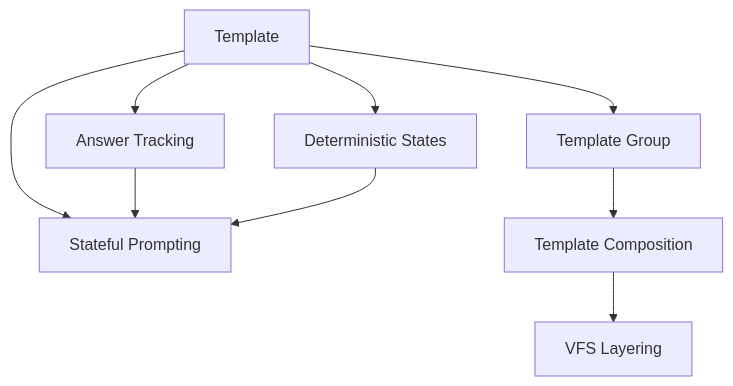
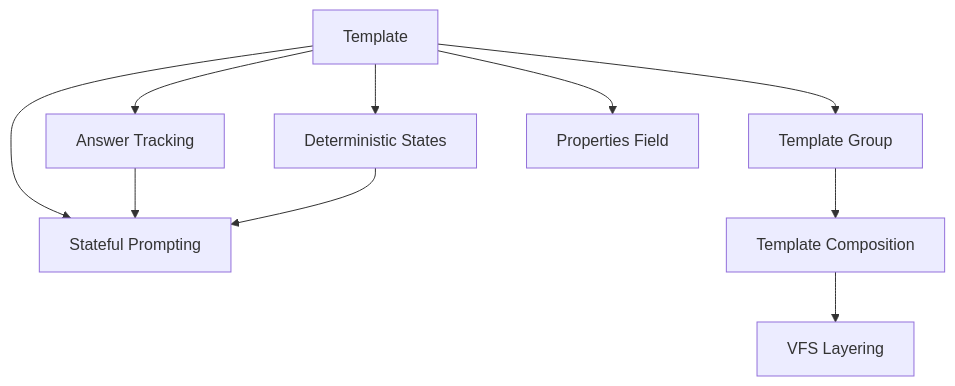
One commit to AtomiCloud/sulfone.iridium changed the diagram in docs/developer/concepts/00-README.md. Above: the diagram before and after it, drawn with Mermaid. The commit also changed other lines of this file and 3 other files, not shown here.

````diff
--- a/docs/developer/concepts/00-README.md
+++ b/docs/developer/concepts/00-README.md
@@ -7,13 +7,14 @@
 ```mermaid
 flowchart TD
     T[Template] --> TG[Template Group]
     T --> AT[Answer Tracking]
     T --> DS[Deterministic States]
     T --> SP[Stateful Prompting]
+    T --> PF[Properties Field]
 
     TG --> TC[Template Composition]
     TC --> VFS[VFS Layering]
 
     AT --> SP
     DS --> SP
 ```
````
